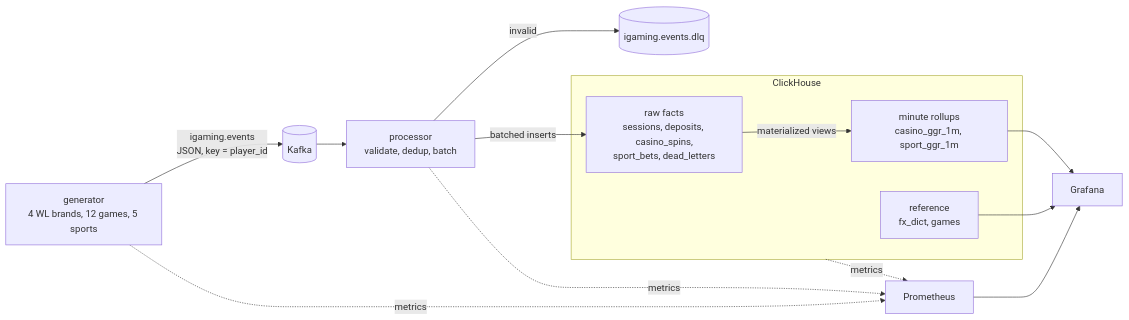
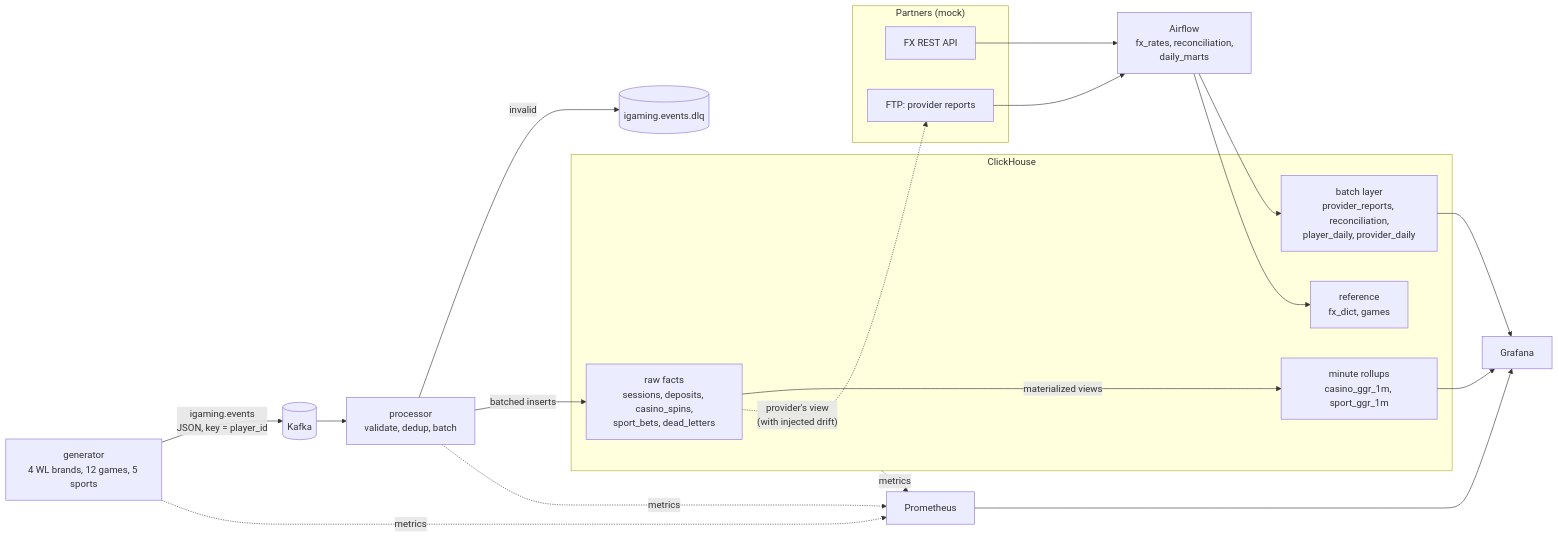
One commit to KartelSRBX/Delta1 changed the diagram in README.md. Above: the diagram before and after it, drawn with Mermaid. The commit also changed other lines of this file and 29 other files, not shown here.

First line of the commit message:
Add Airflow batch layer: partner FX API, provider reports over FTP, reconciliation, daily marts

````diff
--- a/README.md
+++ b/README.md
@@ -27,19 +32,30 @@
 ```mermaid
 flowchart LR
     G["generator<br/>4 WL brands, 12 games, 5 sports"] -- "igaming.events<br/>JSON, key = player_id" --> K[("Kafka")]
     K --> P["processor<br/>validate, dedup, batch"]
     P -- invalid --> DLQ[("igaming.events.dlq")]
     subgraph CH["ClickHouse"]
         R["raw facts<br/>sessions, deposits, casino_spins,<br/>sport_bets, dead_letters"]
         A["minute rollups<br/>casino_ggr_1m, sport_ggr_1m"]
         D["reference<br/>fx_dict, games"]
+        B["batch layer<br/>provider_reports, reconciliation,<br/>player_daily, provider_daily"]
         R -- materialized views --> A
     end
     P -- batched inserts --> R
+    subgraph EXT["Partners (mock)"]
+        API["FX REST API"]
+        FTP["FTP: provider reports"]
+    end
+    R -. "provider's view<br/>(with injected drift)" .-> FTP
+    AF["Airflow<br/>fx_rates, reconciliation,<br/>daily_marts"]
+    API --> AF
+    FTP --> AF
+    AF --> B
+    AF --> D
     A --> GF["Grafana"]
-    D --> GF
+    B --> GF
     G -. metrics .-> PR["Prometheus"]
     P -. metrics .-> PR
     CH -. metrics .-> PR
     PR --> GF
 ```
````
